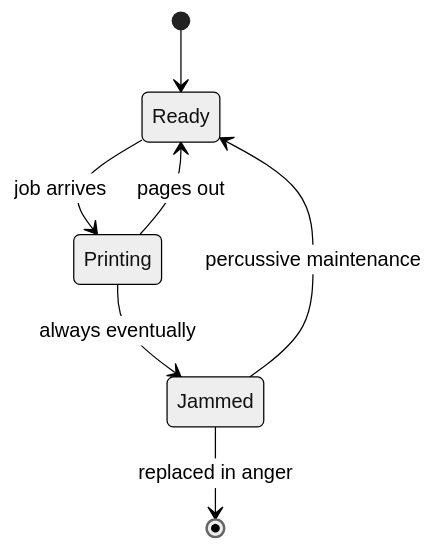
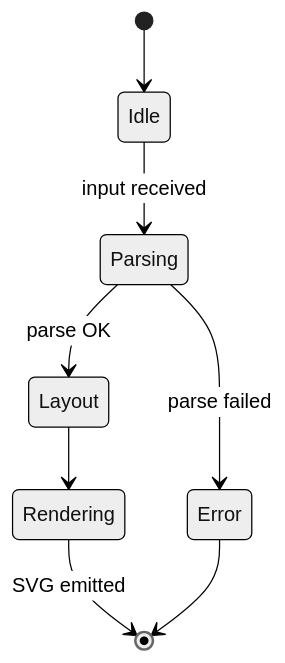
Before and after one commit to nullean/mermaider: the third of 27 diagrams in tests/Mermaider.Tests/Fixtures/mermaid.md, drawn with Mermaid (neutral theme). The commit also changed other lines of this file, not shown here.

Commit message:
Rewrite mermaid.md fixture to be Mermaider-focused, remove WinPrint references

````diff
--- a/tests/Mermaider.Tests/Fixtures/mermaid.md
+++ b/tests/Mermaider.Tests/Fixtures/mermaid.md
@@ -75,9 +42,10 @@
 ```mermaid
 stateDiagram-v2
-    [*] --> Ready
-    Ready --> Printing: job arrives
-    Printing --> Ready: pages out
-    Printing --> Jammed: always eventually
-    Jammed --> Ready: percussive maintenance
-    Jammed --> [*]: replaced in anger
+    [*] --> Idle
+    Idle --> Parsing: input received
+    Parsing --> Layout: parse OK
+    Parsing --> Error: parse failed
+    Layout --> Rendering
+    Rendering --> [*]: SVG emitted
+    Error --> [*]
 ```
````
